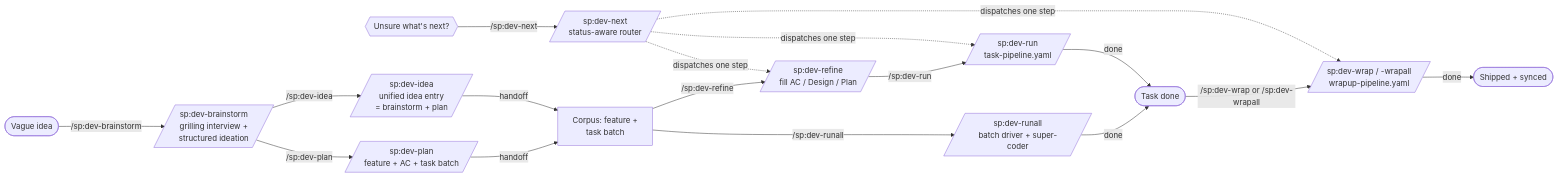
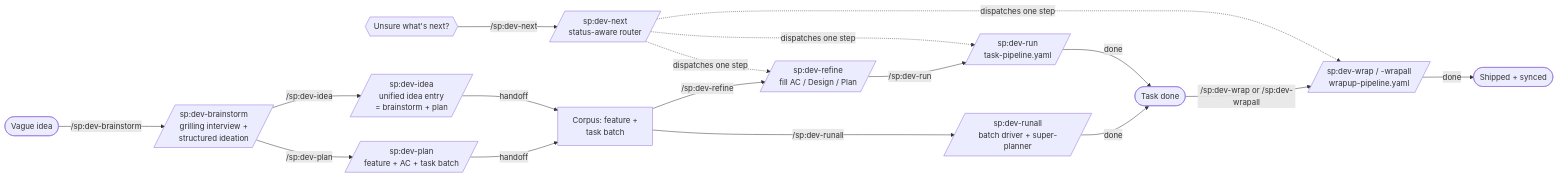
One commit to gobing-ai/spur changed the diagram in docs/help/how_to_use_dev_slash_commands_for_daily_software_development.md. Above: the diagram before and after it, drawn with Mermaid. The commit also changed other lines of this file and 68 other files, not shown here.

````diff
--- a/docs/help/how_to_use_dev_slash_commands_for_daily_software_development.md
+++ b/docs/help/how_to_use_dev_slash_commands_for_daily_software_development.md
@@ -23,19 +23,19 @@
 ```mermaid
 flowchart LR
   Q{{Unsure what's next?}} -->|/sp:dev-next| NX[/sp:dev-next<br/>status-aware router/]
   NX -.->|dispatches one step| R
   NX -.->|dispatches one step| X
   NX -.->|dispatches one step| W
   IDEA([Vague idea]) -->|/sp:dev-brainstorm| B[/sp:dev-brainstorm<br/>grilling interview +<br/>structured ideation/]
   B -->|/sp:dev-plan| P[/sp:dev-plan<br/>feature + AC + task batch/]
   B -->|/sp:dev-idea| I[/sp:dev-idea<br/>unified idea entry<br/>= brainstorm + plan/]
   I -->|handoff| CB[Corpus: feature +<br/>task batch]
   P -->|handoff| CB
   CB -->|/sp:dev-refine| R[/sp:dev-refine<br/>fill AC / Design / Plan/]
   R -->|/sp:dev-run| X[/sp:dev-run<br/>task-pipeline.yaml/]
-  CB -->|/sp:dev-runall| XA[/sp:dev-runall<br/>batch driver + super-coder/]
+  CB -->|/sp:dev-runall| XA[/sp:dev-runall<br/>batch driver + super-planner/]
   X -->|done| D([Task done])
   XA -->|done| D
   D -->|/sp:dev-wrap or /sp:dev-wrapall| W[/sp:dev-wrap / -wrapall<br/>wrapup-pipeline.yaml/]
   W -->|done| S([Shipped + synced])
 ```
````
